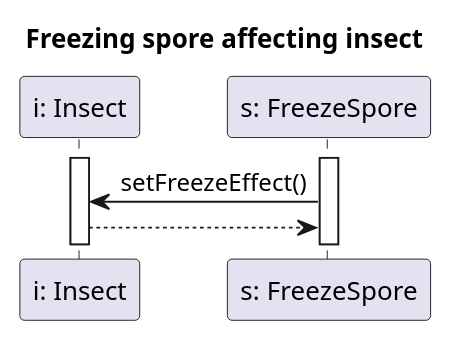
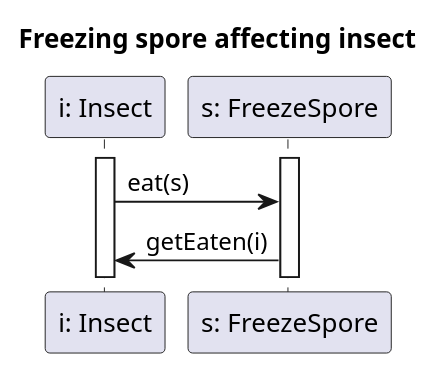
The diagram in diagrams/diagramFiles/SQ_SporeAffectsInsectWithFreeze.puml (Harcipan/Projlab_nullpointerexception), drawn with PlantUML before and after one commit. The commit also changed 23 other files, not shown here.

```diff
--- a/diagrams/diagramFiles/SQ_SporeAffectsInsectWithFreeze.puml
+++ b/diagrams/diagramFiles/SQ_SporeAffectsInsectWithFreeze.puml
@@ -1,14 +1,14 @@
 @startuml InsectSpeedUp
 
 title Freezing spore affecting insect
 
 participant "i: Insect" as I
 participant "s: FreezeSpore" as Sp
 
 activate I
 activate Sp
 
-Sp -> I : setFreezeEffect()
-I --> Sp
+I -> Sp : eat(s)
+Sp -> I : getEaten(i)
 
 @enduml
```
